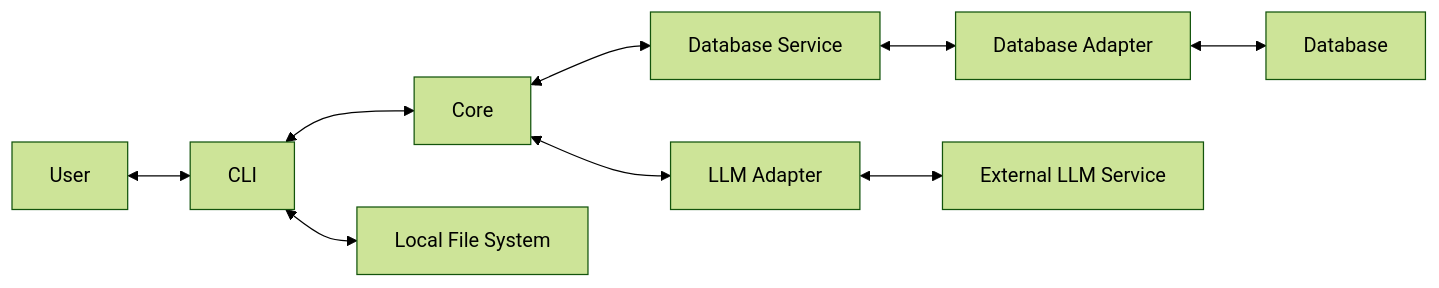
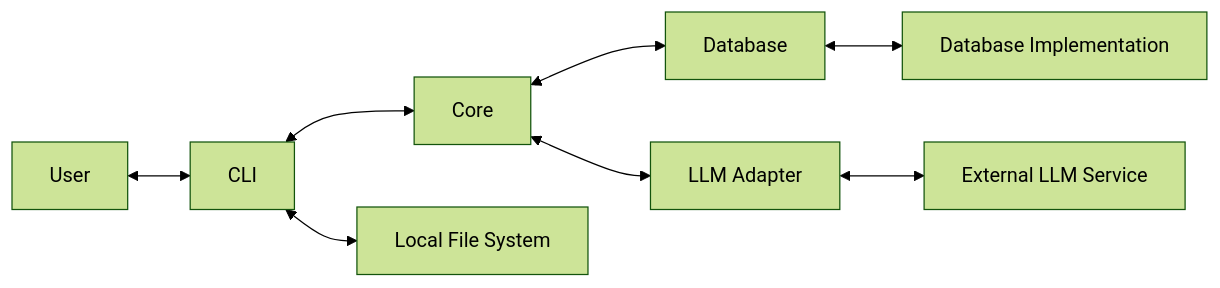
One commit to DelgadoArlee/cv-brewer changed the diagram in docs/architecture.md. Above: the diagram before and after it, drawn with Mermaid (forest theme). The commit also changed other lines of this file and 1 other file, not shown here.

Commit message:
docs: fix archtiecture and tech-stack database component inconsistency

````diff
--- a/docs/architecture.md
+++ b/docs/architecture.md
@@ -48,14 +47,13 @@
 ```mermaid
 flowchart LR
     User[User] <--> CLI[CLI]
     CLI <--> Core[Core]
 
-    Core <--> DBService[Database Service]
-    DBService <--> DBAdapter[Database Adapter]
-    DBAdapter <--> DB[Database]
+    Core <--> Database[Database]
+    Database <--> DBImpl[Database Implementation]
 
     Core <--> LLMAdapter[LLM Adapter]
     LLMAdapter <--> LLM[External LLM Service]
 
     CLI <--> FS[Local File System]
 ```
````
